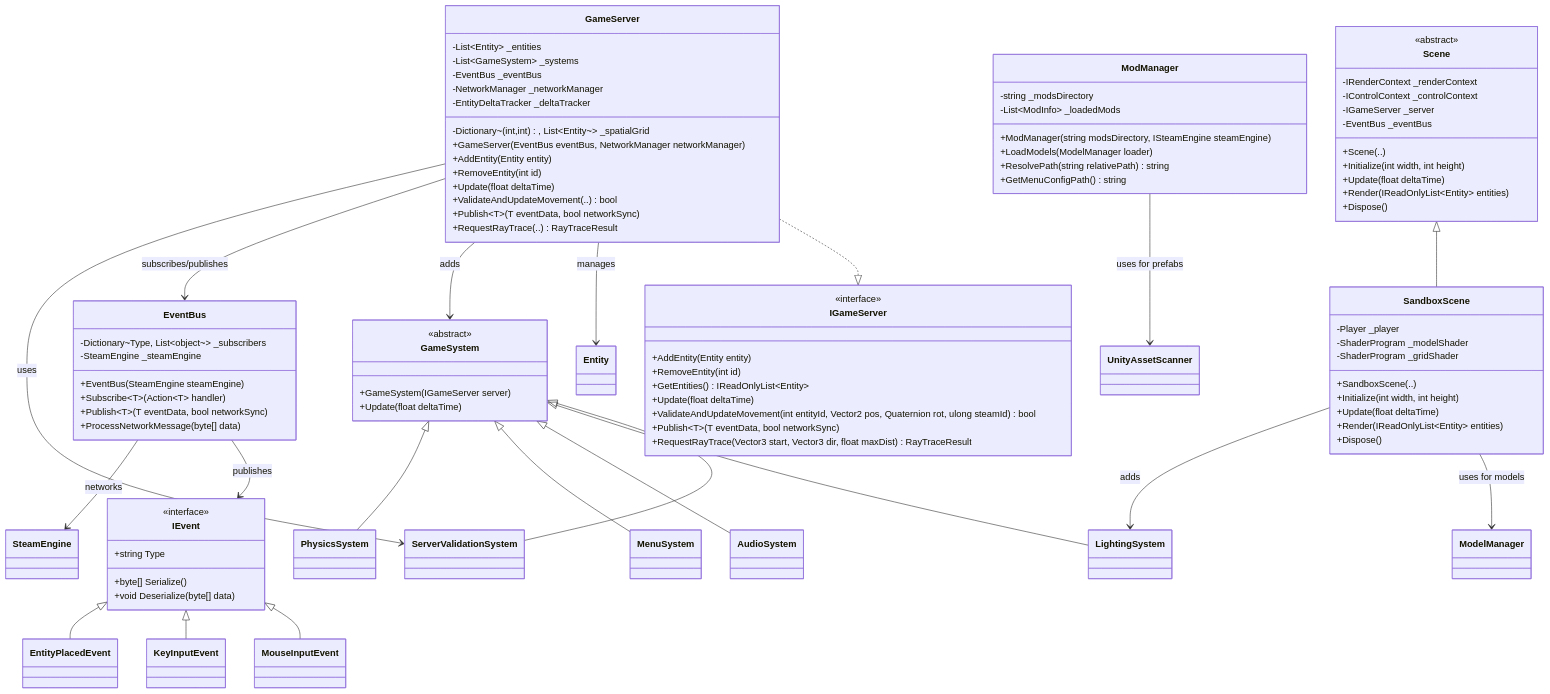
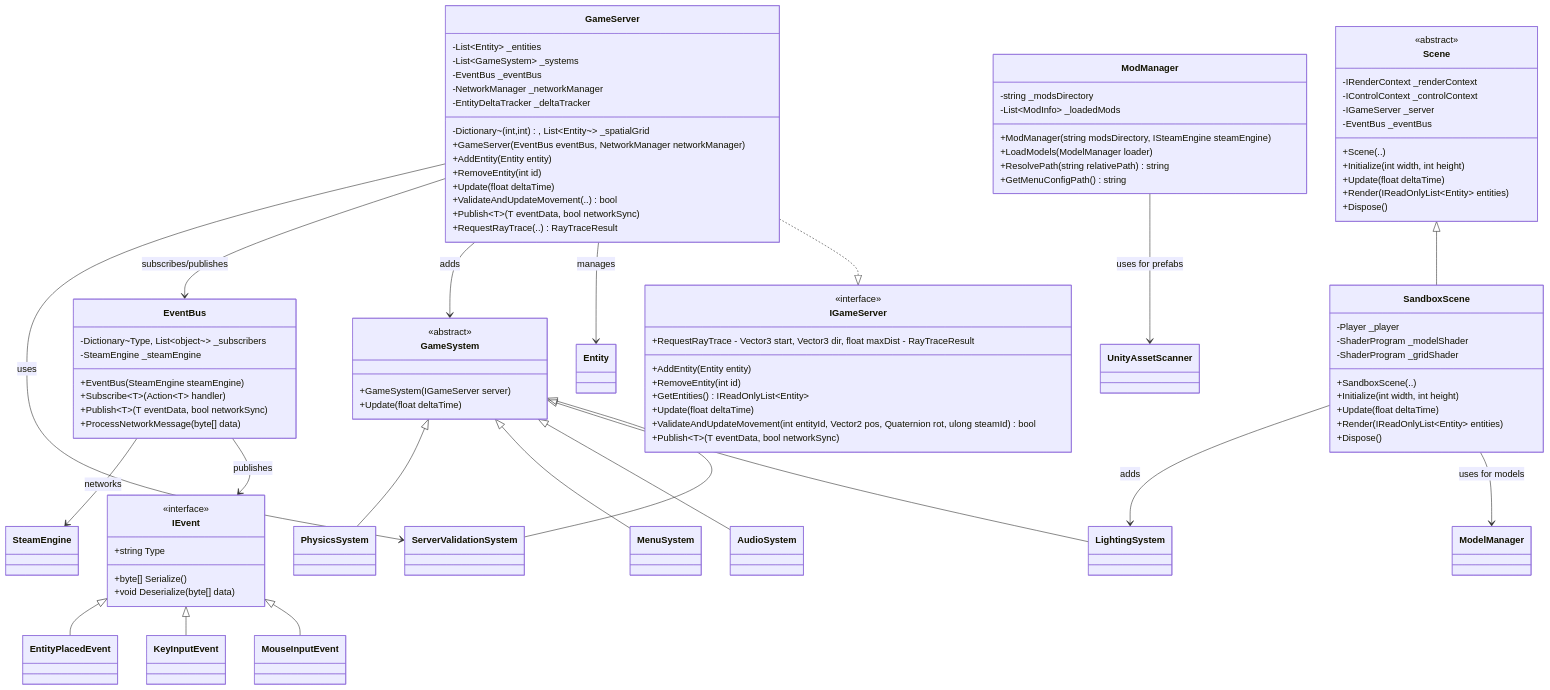
The second of 16 diagrams in README.md (ireakhavok/Castle), drawn with Mermaid before and after one commit.

Commit message:
updated markdown vL

```diff
--- a/README.md
+++ b/README.md
@@ -144,7 +144,7 @@
         +Update(float deltaTime)
         +ValidateAndUpdateMovement(int entityId, Vector2 pos, Quaternion rot, ulong steamId) bool
         +Publish~T~(T eventData, bool networkSync)
-        +RequestRayTrace(Vector3 start, Vector3 dir, float maxDist) RayTraceResult
+        +RequestRayTrace - Vector3 start, Vector3 dir, float maxDist -  RayTraceResult
     }
 
     class GameServer {
```
